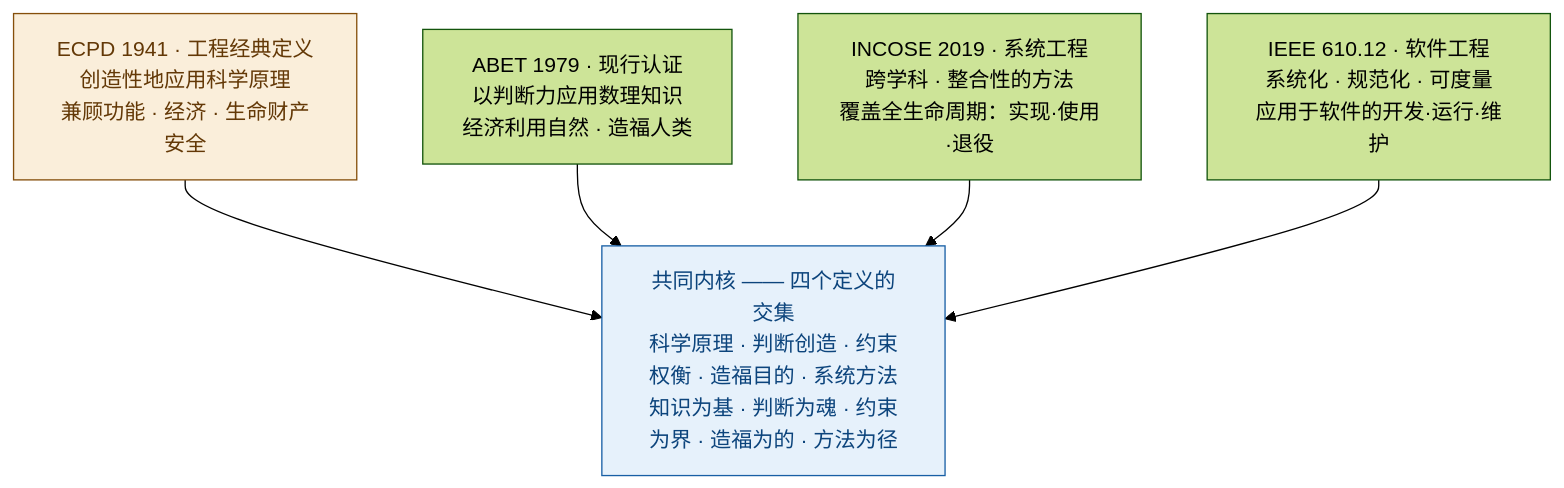
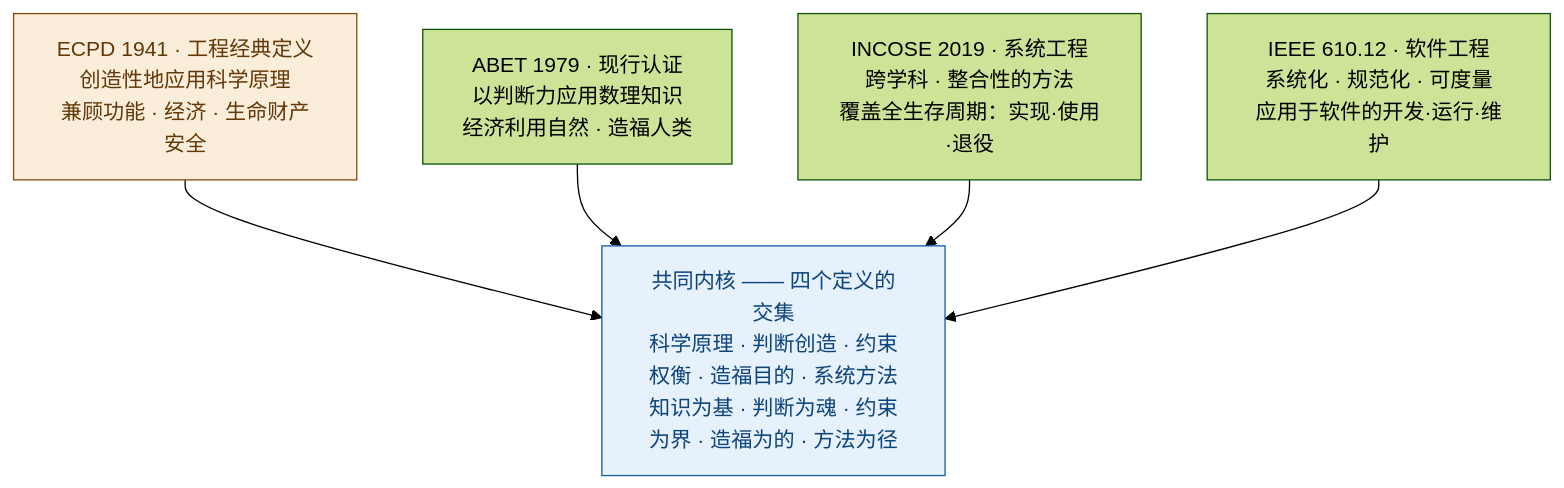
Before and after one commit to Yongjunzhou/AOS-system-design: the fifth of 10 diagrams in 100-subprojects/01-系统工程研究/00-系统工程相关研究报告/05-工程概念研究报告-从定义到系统思维.md, drawn with Mermaid (forest theme). The commit also changed other lines of this file and 38 other files, not shown here.

````diff
--- a/100-subprojects/01-系统工程研究/00-系统工程相关研究报告/05-工程概念研究报告-从定义到系统思维.md
+++ b/100-subprojects/01-系统工程研究/00-系统工程相关研究报告/05-工程概念研究报告-从定义到系统思维.md
@@ -173,14 +175,14 @@
 ```mermaid
 flowchart TD
     A["ECPD 1941 · 工程经典定义<br/>创造性地应用科学原理<br/>兼顾功能 · 经济 · 生命财产安全"]
     B["ABET 1979 · 现行认证<br/>以判断力应用数理知识<br/>经济利用自然 · 造福人类"]
-    C["INCOSE 2019 · 系统工程<br/>跨学科 · 整合性的方法<br/>覆盖全生命周期：实现·使用·退役"]
+    C["INCOSE 2019 · 系统工程<br/>跨学科 · 整合性的方法<br/>覆盖全生存周期：实现·使用·退役"]
     D["IEEE 610.12 · 软件工程<br/>系统化 · 规范化 · 可度量<br/>应用于软件的开发·运行·维护"]
     K["共同内核 —— 四个定义的交集<br/>科学原理 · 判断创造 · 约束权衡 · 造福目的 · 系统方法<br/>知识为基 · 判断为魂 · 约束为界 · 造福为的 · 方法为径"]
     A --> K
     B --> K
     C --> K
     D --> K
     style K fill:#E6F1FB,stroke:#185FA5,color:#0C447C
     style A fill:#FAEEDA,stroke:#854F0B,color:#633806
 ```
````
